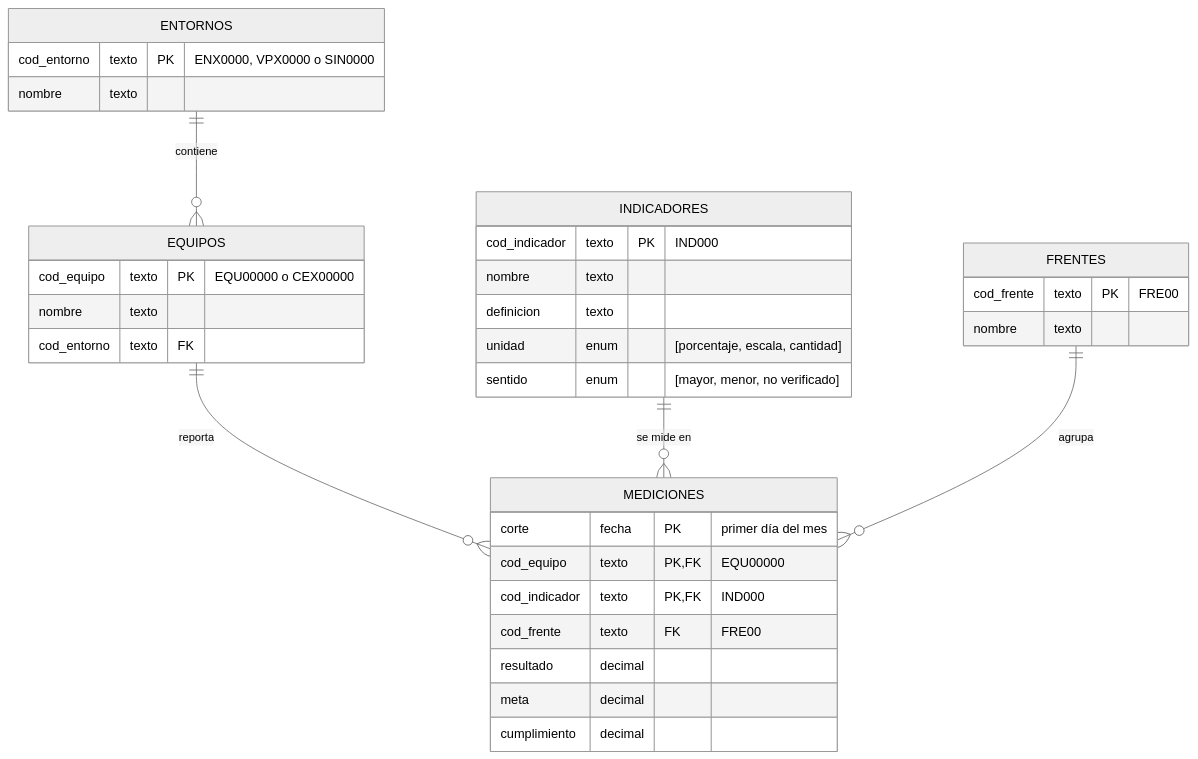
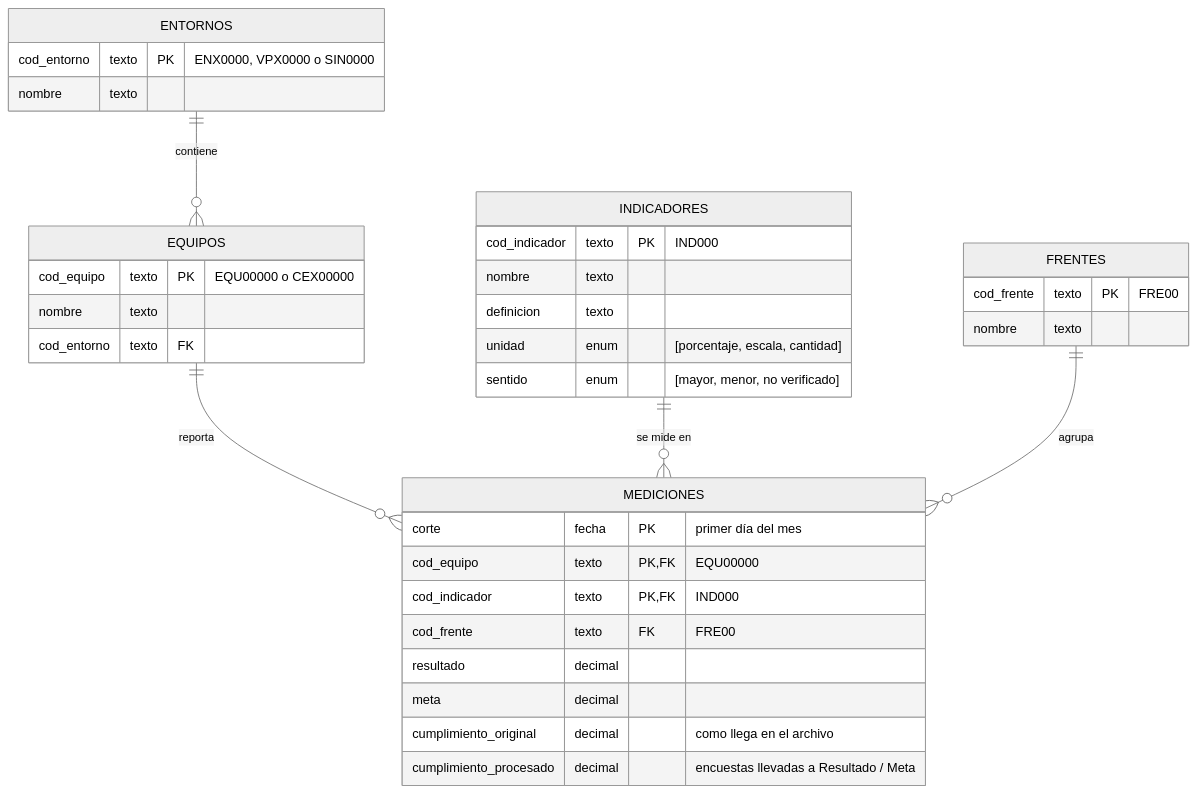
One commit to santiagoneusa/cib-de-technical-interview changed the diagram in 1_experimentacion/README.md. Above: the diagram before and after it, drawn with Mermaid (neutral theme). The commit also changed 13 other files, not shown here.

Commit message:
Actividad 2: cumplimiento original y procesado (encuestas a Resultado / Meta); calidad en un archivo aparte; sin fila_origen en mediciones

````diff
--- a/1_experimentacion/README.md
+++ b/1_experimentacion/README.md
@@ -28,36 +28,37 @@
 ```mermaid
 erDiagram
     ENTORNOS ||--o{ EQUIPOS : "contiene"
     EQUIPOS ||--o{ MEDICIONES : "reporta"
     INDICADORES ||--o{ MEDICIONES : "se mide en"
     FRENTES ||--o{ MEDICIONES : "agrupa"
     MEDICIONES {
         corte fecha PK "primer día del mes"
         cod_equipo texto PK, FK "EQU00000"
         cod_indicador texto PK, FK "IND000"
         cod_frente texto FK "FRE00"
         resultado decimal
         meta decimal
-        cumplimiento decimal
+        cumplimiento_original decimal "como llega en el archivo"
+        cumplimiento_procesado decimal "encuestas llevadas a Resultado / Meta"
     }
     EQUIPOS {
         cod_equipo texto PK "EQU00000 o CEX00000"
         nombre texto
         cod_entorno texto FK
     }
     ENTORNOS {
         cod_entorno texto PK "ENX0000, VPX0000 o SIN0000"
         nombre texto
     }
     INDICADORES {
         cod_indicador texto PK "IND000"
         nombre texto
         definicion texto
         unidad enum "[porcentaje, escala, cantidad]"
         sentido enum "[mayor, menor, no verificado]"
     }
     FRENTES {
         cod_frente texto PK "FRE00"
         nombre texto
     }
 ```
````
